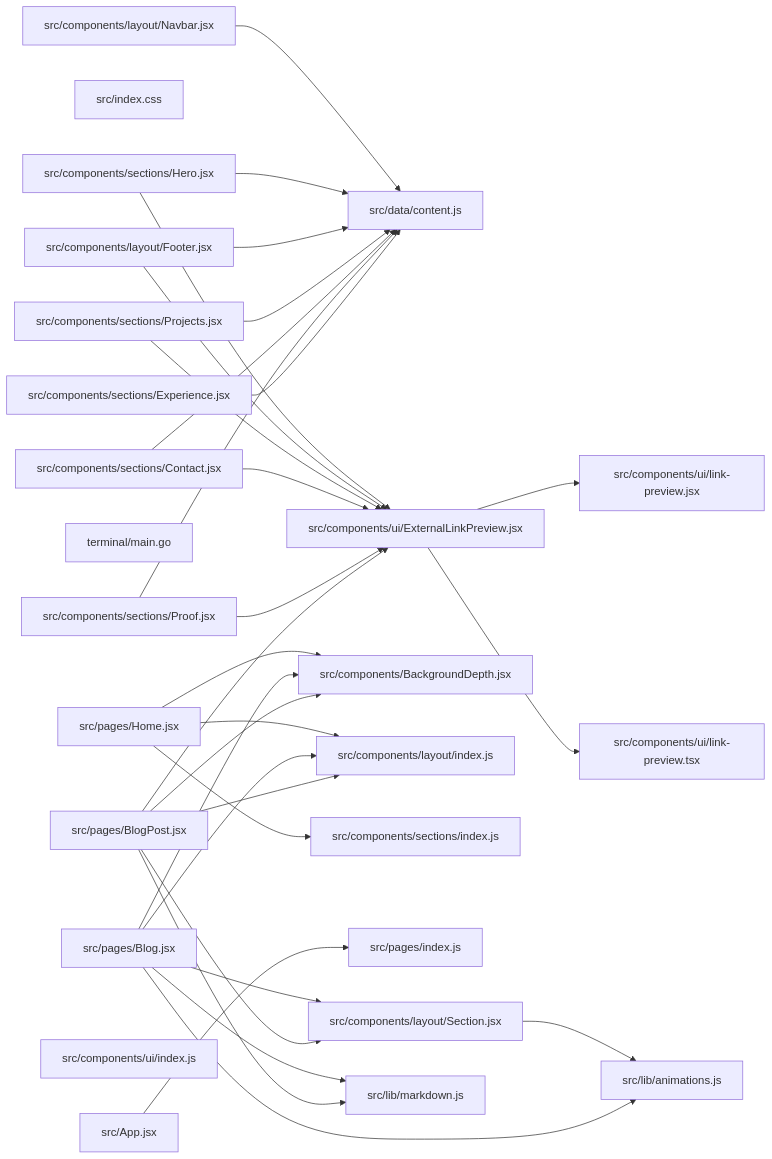
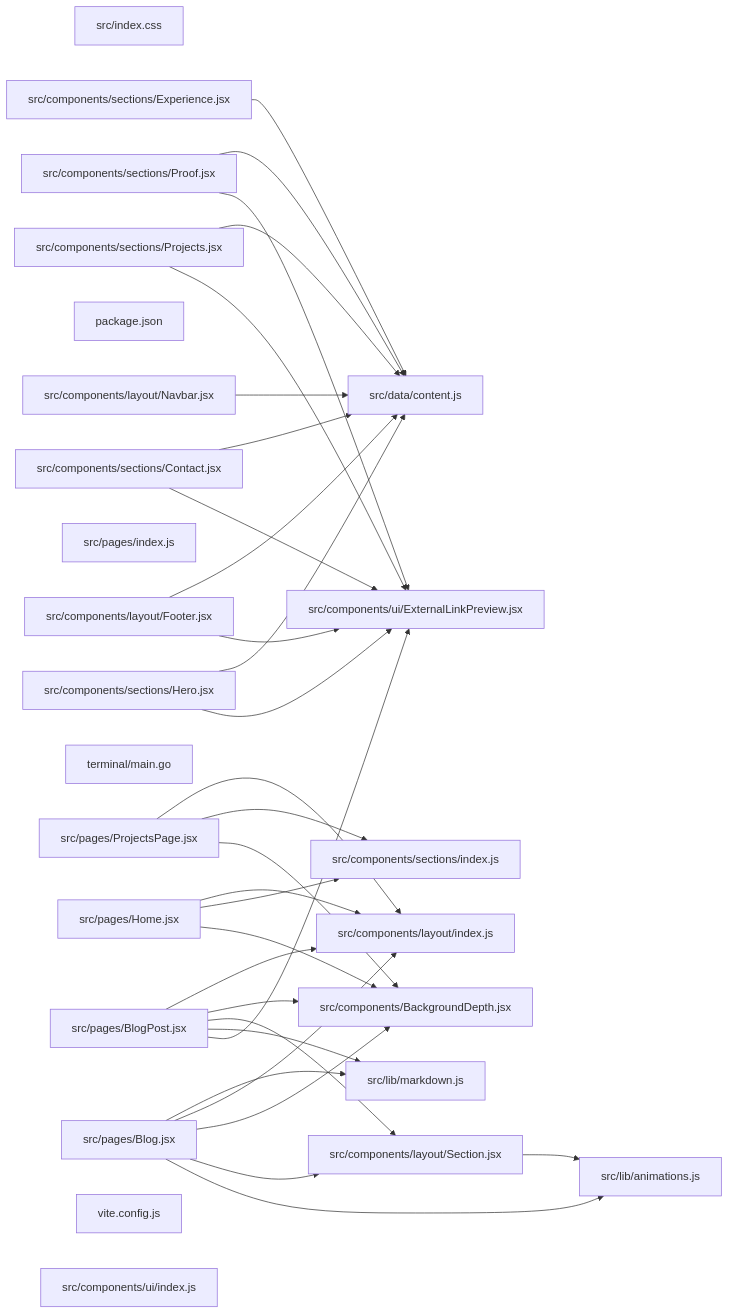
One commit to hey-granth/granth changed the diagram in CONTEXT.md. Above: the diagram before and after it, drawn with Mermaid. The commit also changed other lines of this file and 8 other files, not shown here.

Commit message:
update: add codectx to the projects and make a separate page for projects

````diff
--- a/CONTEXT.md
+++ b/CONTEXT.md
@@ -258,57 +252,57 @@
 ```mermaid
 graph LR
     f0["src/data/content.js"]
-    f1["src/components/layout/Navbar.jsx"]
-    f2["src/index.css"]
-    f3["src/components/ui/ExternalLinkPreview.jsx"]
-    f4["src/components/sections/Hero.jsx"]
-    f5["src/components/layout/Footer.jsx"]
-    f6["src/lib/animations.js"]
-    f7["src/components/BackgroundDepth.jsx"]
-    f8["src/components/layout/index.js"]
-    f9["src/components/sections/index.js"]
-    f10["src/components/sections/Projects.jsx"]
+    f1["src/index.css"]
+    f2["src/components/layout/Navbar.jsx"]
+    f3["src/components/sections/Hero.jsx"]
+    f4["src/components/ui/ExternalLinkPreview.jsx"]
+    f5["src/components/BackgroundDepth.jsx"]
+    f6["src/components/layout/Footer.jsx"]
+    f7["src/components/layout/index.js"]
+    f8["src/components/sections/index.js"]
+    f9["package.json"]
+    f10["src/lib/animations.js"]
     f11["src/components/sections/Contact.jsx"]
-    f12["src/pages/index.js"]
-    f13["src/components/layout/Section.jsx"]
-    f14["src/lib/markdown.js"]
+    f12["src/components/sections/Projects.jsx"]
+    f13["src/lib/markdown.js"]
+    f14["src/pages/index.js"]
     f15["src/components/sections/Proof.jsx"]
-    f16["terminal/main.go"]
-    f17["src/components/sections/Experience.jsx"]
-    f18["src/pages/Home.jsx"]
-    f19["src/pages/Blog.jsx"]
-    f20["src/pages/BlogPost.jsx"]
-    f21["src/components/ui/link-preview.jsx"]
-    f22["src/components/ui/link-preview.tsx"]
-    f23["src/components/ui/index.js"]
-    f24["src/App.jsx"]
-    f1 --> f0
-    f3 --> f21
-    f3 --> f22
-    f4 --> f3
-    f4 --> f0
-    f5 --> f3
-    f5 --> f0
-    f10 --> f3
-    f10 --> f0
-    f11 --> f3
+    f16["src/pages/BlogPost.jsx"]
+    f17["src/components/layout/Section.jsx"]
+    f18["terminal/main.go"]
+    f19["src/components/sections/Experience.jsx"]
+    f20["src/pages/Home.jsx"]
+    f21["src/pages/Blog.jsx"]
+    f22["src/pages/ProjectsPage.jsx"]
+    f23["vite.config.js"]
+    f24["src/components/ui/index.js"]
+    f2 --> f0
+    f3 --> f4
+    f3 --> f0
+    f6 --> f4
+    f6 --> f0
+    f11 --> f4
     f11 --> f0
-    f13 --> f6
-    f15 --> f3
+    f12 --> f4
+    f12 --> f0
+    f15 --> f4
     f15 --> f0
-    f17 --> f0
-    f18 --> f7
-    f18 --> f9
-    f18 --> f8
-    f19 --> f6
-    f19 --> f13
-    f19 --> f7
-    f19 --> f8
-    f19 --> f14
-    f20 --> f3
-    f20 --> f14
-    f20 --> f13
+    f16 --> f4
+    f16 --> f13
+    f16 --> f17
+    f16 --> f5
+    f16 --> f7
+    f17 --> f10
+    f19 --> f0
+    f20 --> f5
+    f20 --> f8
     f20 --> f7
-    f20 --> f8
-    f24 --> f12
+    f21 --> f10
+    f21 --> f17
+    f21 --> f5
+    f21 --> f7
+    f21 --> f13
+    f22 --> f5
+    f22 --> f8
+    f22 --> f7
 ```
````
